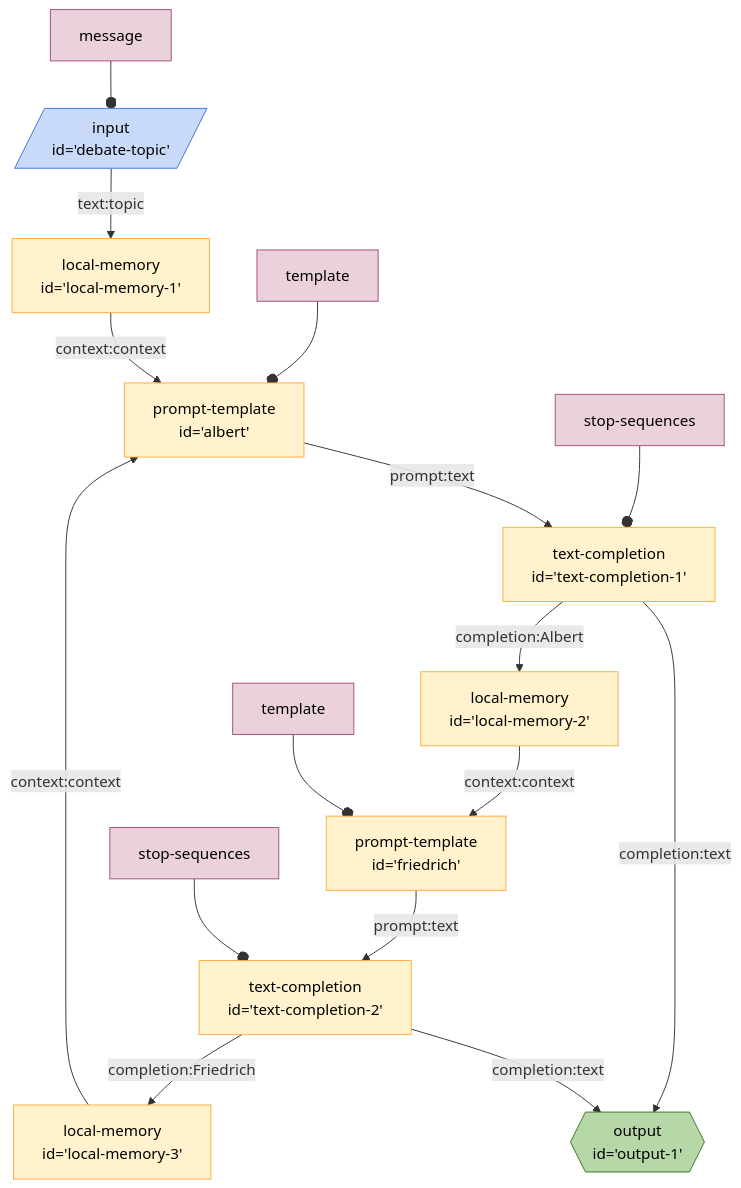
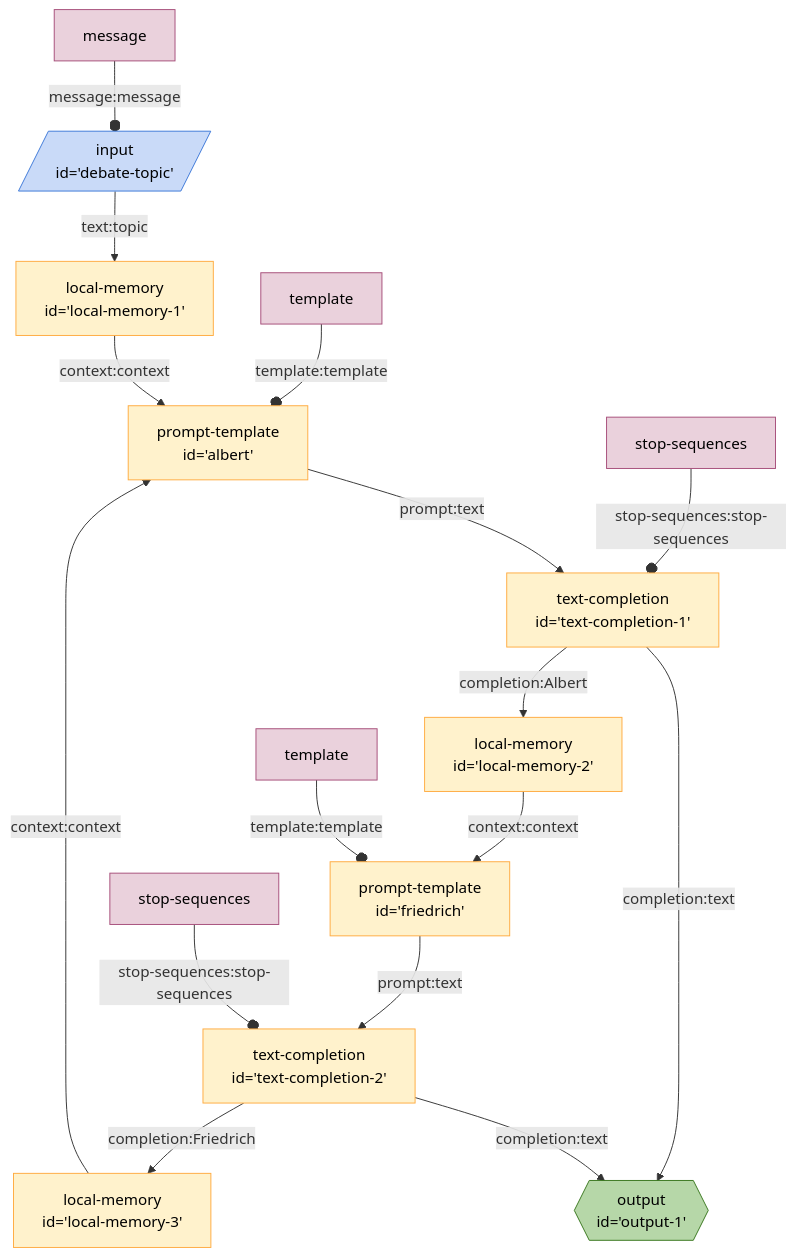
The diagram in seeds/graph-playground/docs/graphs/endless-debate.md (breadboard-ai/breadboard), drawn with Mermaid before and after one commit. The commit also changed 13 other files, not shown here.

Commit message:
[graph] Add proper edge markers for constants.

````diff
--- a/seeds/graph-playground/docs/graphs/endless-debate.md
+++ b/seeds/graph-playground/docs/graphs/endless-debate.md
@@ -4,46 +4,46 @@
 ```mermaid
 %%{init: 'themeVariables': { 'fontFamily': 'Fira Code, monospace' }}%%
 graph TD;
 debatetopic[/"input
 id='debate-topic'"/]:::input -- text:topic --> localmemory1["local-memory
 id='local-memory-1'"]
 localmemory1["local-memory
 id='local-memory-1'"] -- context:context --> albert["prompt-template
 id='albert'"]
 albert["prompt-template
 id='albert'"] -- prompt:text --> textcompletion1["text-completion
 id='text-completion-1'"]
 textcompletion1["text-completion
 id='text-completion-1'"] -- completion:text --> output1{{"output
 id='output-1'"}}:::output
 textcompletion1["text-completion
 id='text-completion-1'"] -- completion:Albert --> localmemory2["local-memory
 id='local-memory-2'"]
 localmemory2["local-memory
 id='local-memory-2'"] -- context:context --> friedrich["prompt-template
 id='friedrich'"]
 friedrich["prompt-template
 id='friedrich'"] -- prompt:text --> textcompletion2["text-completion
 id='text-completion-2'"]
 textcompletion2["text-completion
 id='text-completion-2'"] -- completion:text --> output1{{"output
 id='output-1'"}}:::output
 textcompletion2["text-completion
 id='text-completion-2'"] -- completion:Friedrich --> localmemory3["local-memory
 id='local-memory-3'"]
 localmemory3["local-memory
 id='local-memory-3'"] -- context:context --> albert["prompt-template
 id='albert'"]
-messagedebatetopic[message]:::config --o debatetopic
-stopsequencestextcompletion1[stop-sequences]:::config --o textcompletion1
-stopsequencestextcompletion2[stop-sequences]:::config --o textcompletion2
-templatealbert[template]:::config --o albert
-templatefriedrich[template]:::config --o friedrich
+messagedebatetopic[message]:::config -- message:message --o debatetopic
+stopsequencestextcompletion1[stop-sequences]:::config -- stop-sequences:stop-sequences --o textcompletion1
+stopsequencestextcompletion2[stop-sequences]:::config -- stop-sequences:stop-sequences --o textcompletion2
+templatealbert[template]:::config -- template:template --o albert
+templatefriedrich[template]:::config -- template:template --o friedrich
 classDef default stroke:#ffab40,fill:#fff2ccff,color:#000
 classDef input stroke:#3c78d8,fill:#c9daf8ff,color:#000
 classDef output stroke:#38761d,fill:#b6d7a8ff,color:#000
 classDef passthrough stroke:#a64d79,fill:#ead1dcff,color:#000
 classDef slot stroke:#a64d79,fill:#ead1dcff,color:#000
 classDef config stroke:#a64d79,fill:#ead1dcff,color:#000
 classDef slotted stroke:#a64d79
 ```
````
